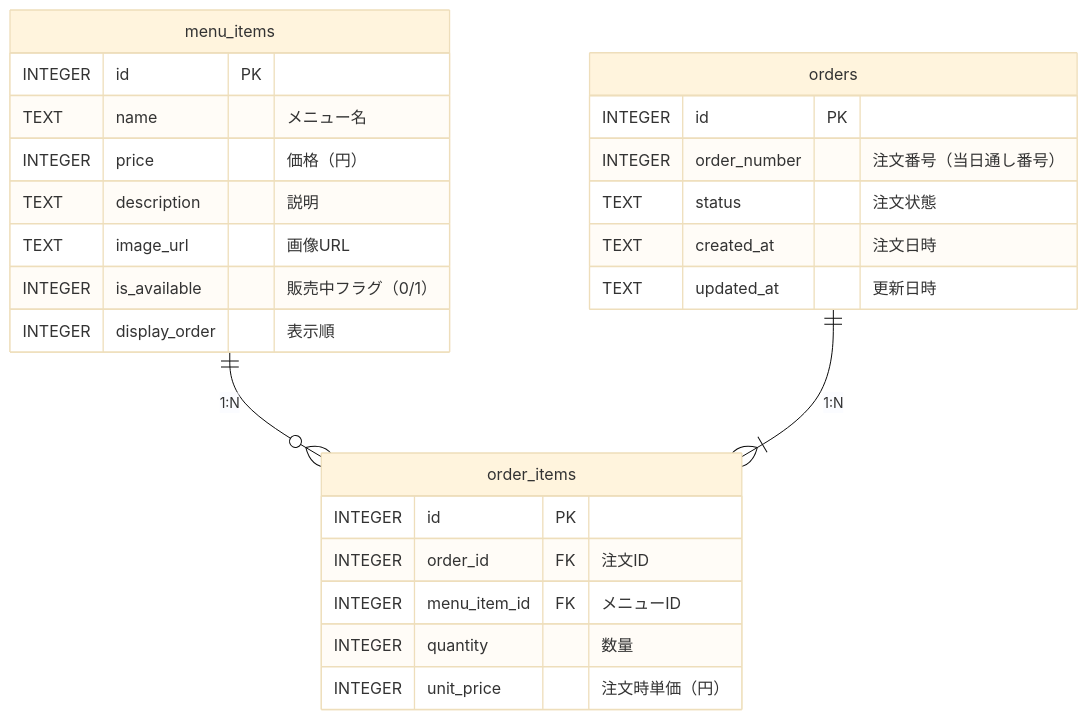
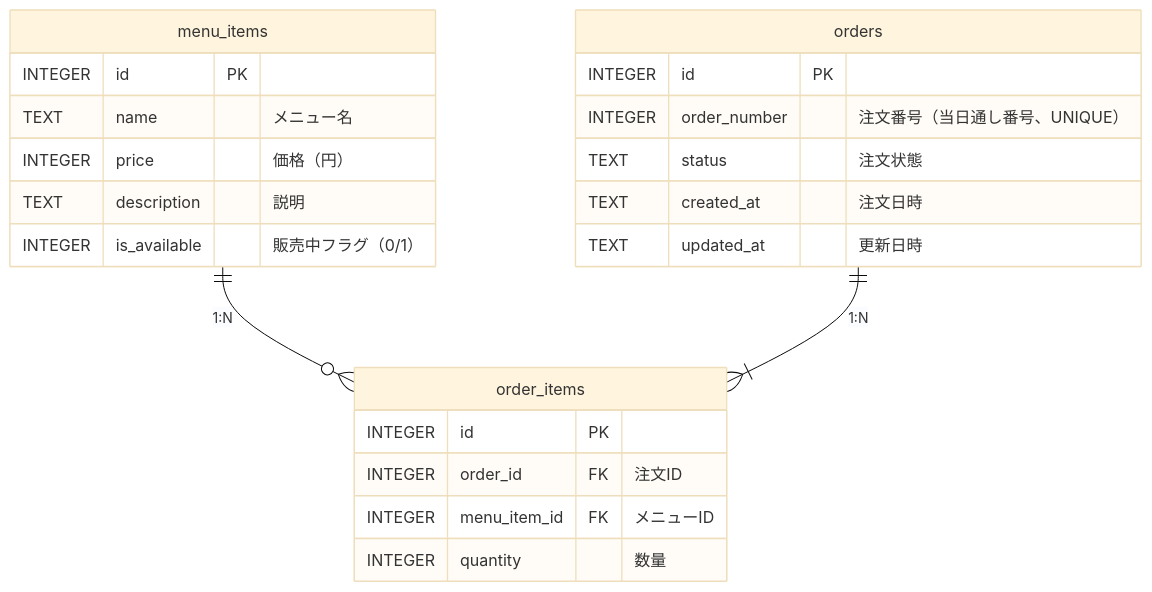
Before and after one commit to gdsc-osaka/coffee-dx: the diagram in docs/design/db.md, drawn with Mermaid (base theme). The commit also changed other lines of this file, not shown here.

````diff
--- a/docs/design/db.md
+++ b/docs/design/db.md
@@ -9,33 +9,29 @@
 ```mermaid
 erDiagram
     menu_items ||--o{ order_items : "1:N"
     orders ||--|{ order_items : "1:N"
 
     menu_items {
         INTEGER id PK
         TEXT name "メニュー名"
         INTEGER price "価格（円）"
         TEXT description "説明"
-        TEXT image_url "画像URL"
         INTEGER is_available "販売中フラグ（0/1）"
-        INTEGER display_order "表示順"
     }
 
     orders {
         INTEGER id PK
-        INTEGER order_number "注文番号（当日通し番号）"
+        INTEGER order_number "注文番号（当日通し番号、UNIQUE）"
         TEXT status "注文状態"
-
         TEXT created_at "注文日時"
         TEXT updated_at "更新日時"
     }
 
     order_items {
         INTEGER id PK
         INTEGER order_id FK "注文ID"
         INTEGER menu_item_id FK "メニューID"
         INTEGER quantity "数量"
-        INTEGER unit_price "注文時単価（円）"
     }
 
 ```
````
